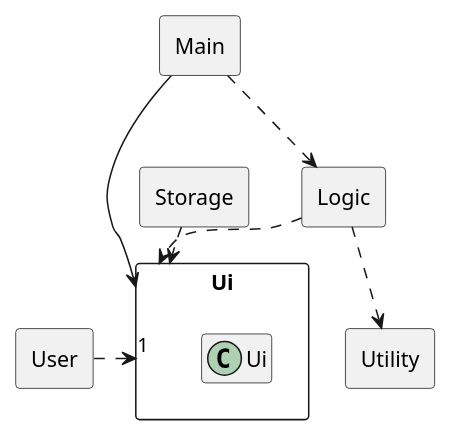
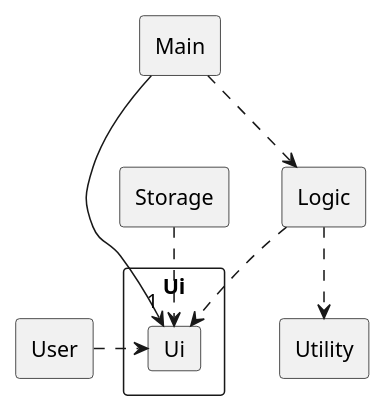
One commit to yanjia1777/tp changed the diagram in docs/diagrams/Ui.puml. Above: the diagram before and after it, drawn with PlantUML. The commit also changed 6 other files, not shown here.

```diff
--- a/docs/diagrams/Ui.puml
+++ b/docs/diagrams/Ui.puml
@@ -1,26 +1,30 @@
 @startuml
+
+hide circle
+skinparam classAttributeIconSize 0
+
 package "Main" <<Rectangle>> {
 
 }
 package "Logic" <<Rectangle>> {
 
 }
 package "Storage" <<Rectangle>> {
 }
-package "Ui" <<Rectangle>> {
-class Ui
+package Ui <<Rectangle>> {
+class "  Ui  "
 
 }
 package "Utility" <<Rectangle>> {
 }
 package "User" <<Rectangle>> {
 }
-User .right> Ui
-Main -> "1" Ui
+User .right> "  Ui  "
+Main -> "1" "  Ui  "
 Main ..> Logic
-Logic ..> Ui
+Logic ..> "  Ui  "
 Logic ..> Utility
-Storage ..> Ui
+Storage ..> "  Ui  "
 
 hide members
 @enduml
```
